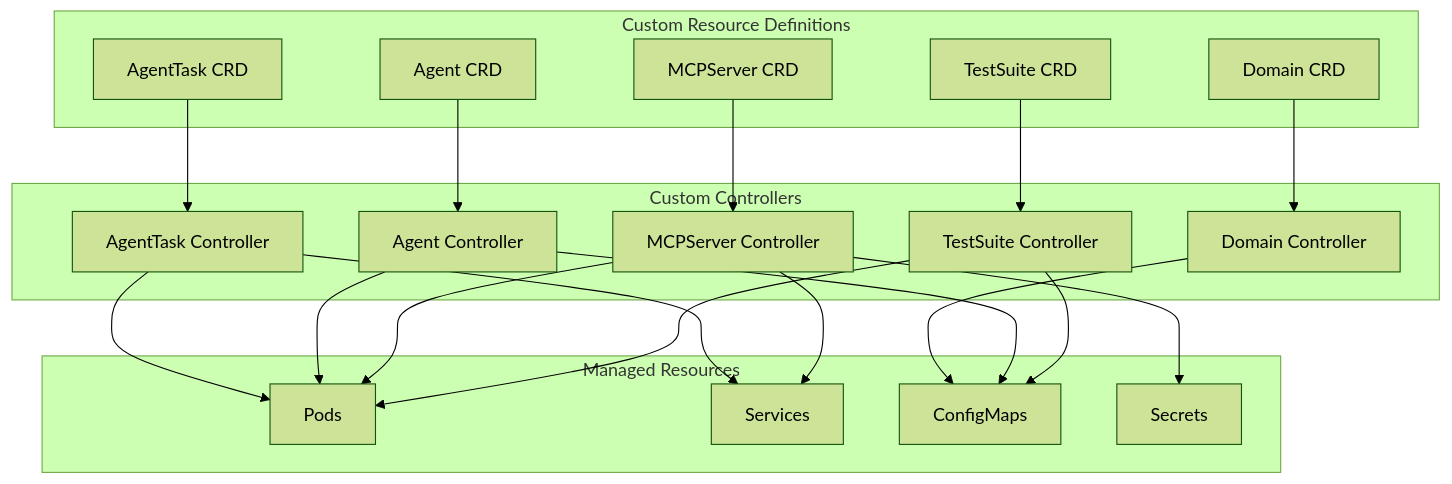
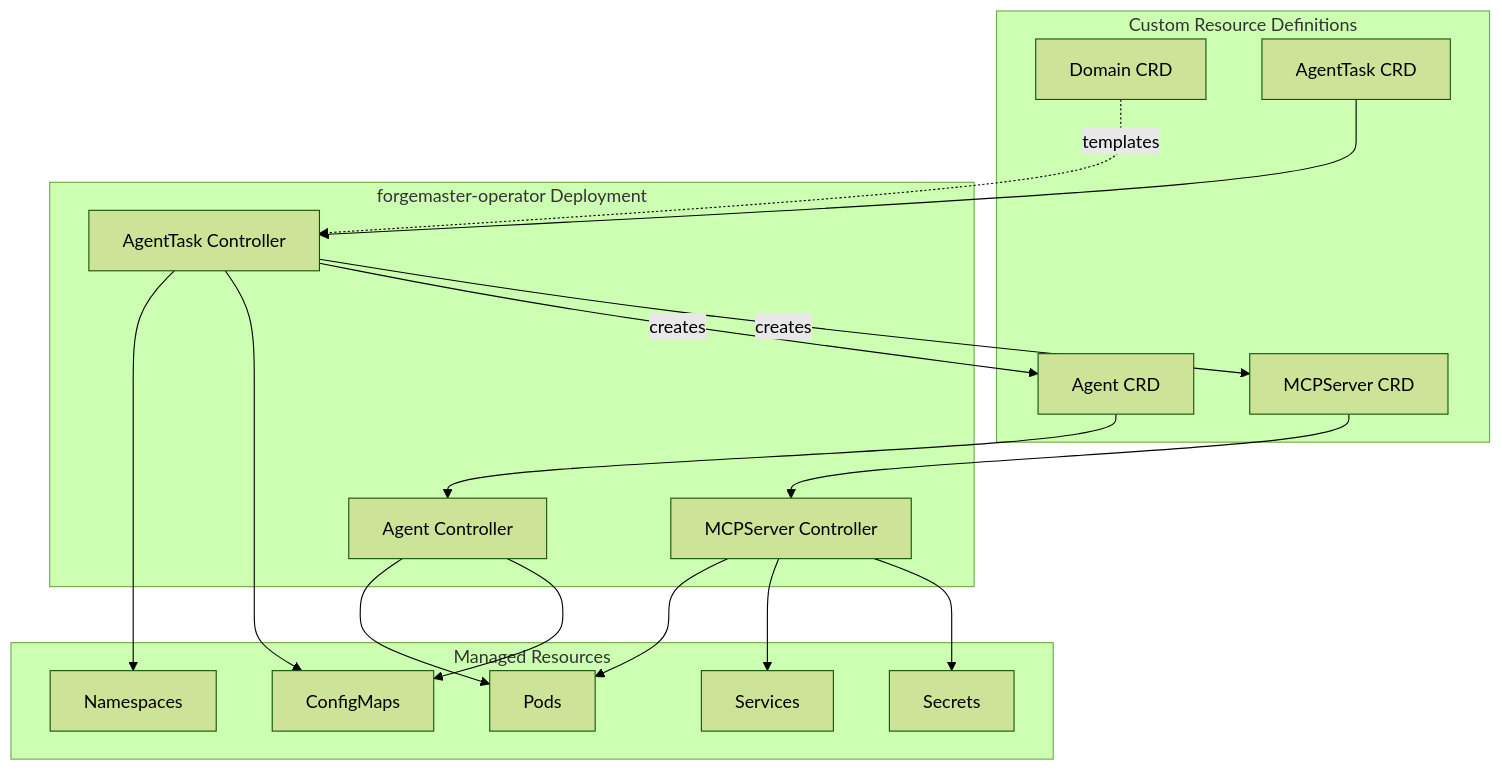
Before and after one commit to dshcherbatiuk/forgemaster: the first of 4 diagrams in docs/arch/05-k8s-deployment.md, drawn with Mermaid (forest theme). The commit also changed other lines of this file and 14 other files, not shown here.

First line of the commit message:
docs: OHS-0000 Update architecture docs with entity responsibilities

````diff
--- a/docs/arch/05-k8s-deployment.md
+++ b/docs/arch/05-k8s-deployment.md
@@ -5,37 +5,33 @@
 ```mermaid
 flowchart TB
     subgraph CRDs["Custom Resource Definitions"]
         DOM[Domain CRD]
         AT[AgentTask CRD]
         AG[Agent CRD]
         MCP[MCPServer CRD]
-        TS[TestSuite CRD]
     end
 
-    subgraph Controllers["Custom Controllers"]
-        DOMC[Domain Controller]
+    subgraph Operator["forgemaster-operator Deployment"]
         ATC[AgentTask Controller]
         AGC[Agent Controller]
         MCPC[MCPServer Controller]
-        TSC[TestSuite Controller]
     end
 
     subgraph Resources["Managed Resources"]
+        NS[Namespaces]
         Pods[Pods]
         SVC[Services]
         CM[ConfigMaps]
         SEC[Secrets]
     end
 
-    DOM --> DOMC
+    DOM -.->|templates| ATC
     AT --> ATC
     AG --> AGC
     MCP --> MCPC
-    TS --> TSC
 
-    DOMC --> CM
-    ATC --> Pods & SVC
+    ATC --> NS & CM
+    ATC -->|creates| AG & MCP
     AGC --> Pods & CM
     MCPC --> Pods & SVC & SEC
-    TSC --> Pods & CM
 ```
````
